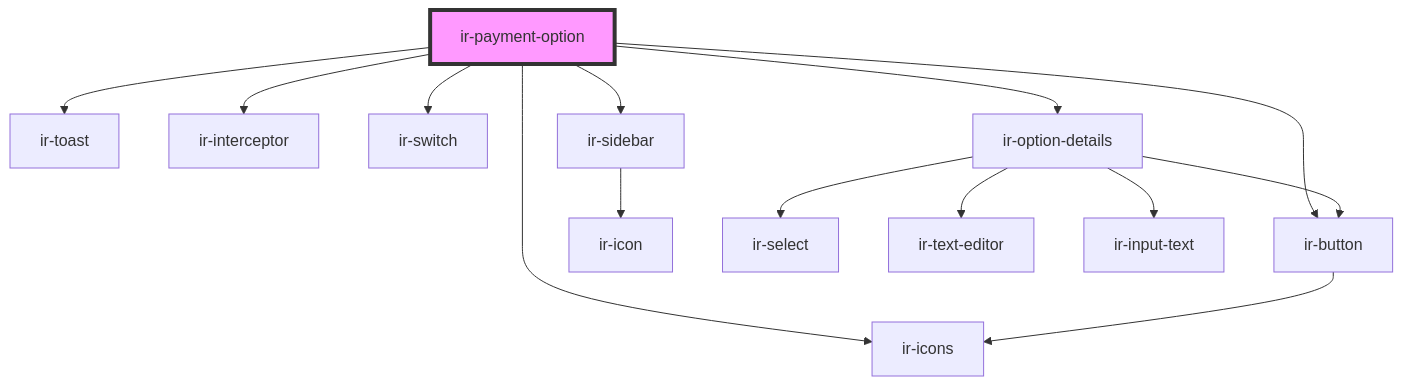
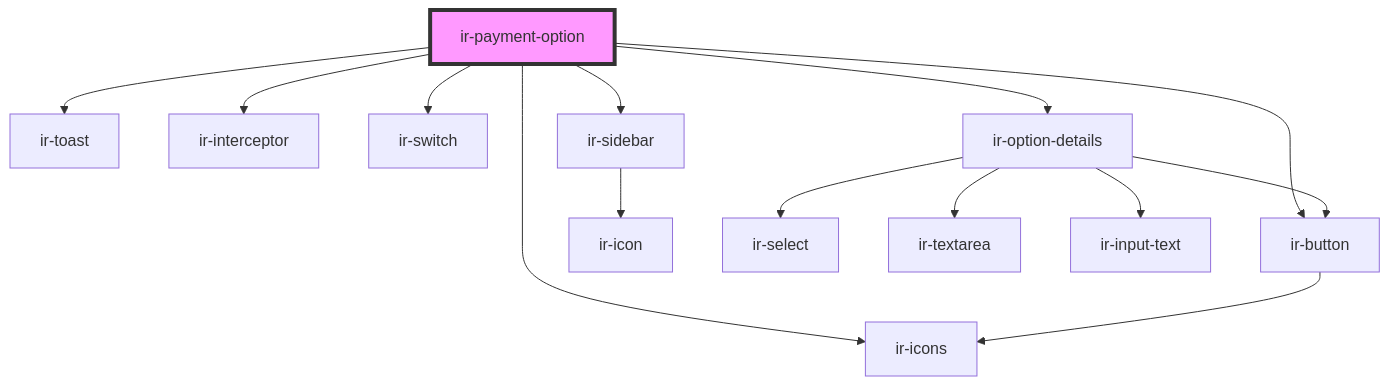
The diagram in src/components/ir-payment-option/readme.md (RonyRizk/ir-webcmp), drawn with Mermaid before and after one commit. The commit also changed 12 other files, not shown here.

````diff
--- a/src/components/ir-payment-option/readme.md
+++ b/src/components/ir-payment-option/readme.md
@@ -40,17 +40,17 @@
 ```mermaid
 graph TD;
   ir-payment-option --> ir-toast
   ir-payment-option --> ir-interceptor
   ir-payment-option --> ir-icons
   ir-payment-option --> ir-switch
   ir-payment-option --> ir-button
   ir-payment-option --> ir-sidebar
   ir-payment-option --> ir-option-details
   ir-button --> ir-icons
   ir-sidebar --> ir-icon
   ir-option-details --> ir-select
-  ir-option-details --> ir-text-editor
+  ir-option-details --> ir-textarea
   ir-option-details --> ir-input-text
   ir-option-details --> ir-button
   style ir-payment-option fill:#f9f,stroke:#333,stroke-width:4px
 ```
````
